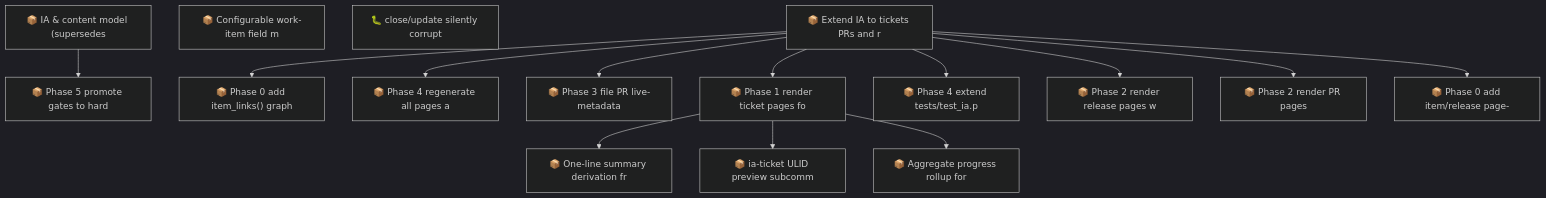
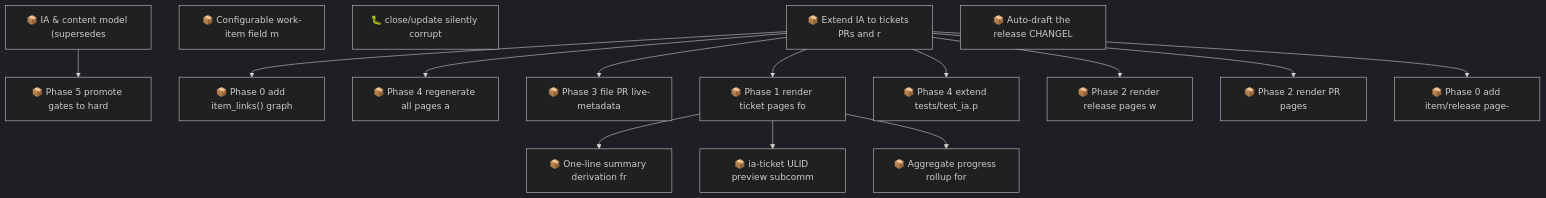
One commit to SpillwaveSolutions/wiki_ticket_sdd changed the second of 2 diagrams in docs/roadmap.md. Above: the diagram before and after it, drawn with Mermaid (dark theme). The commit also changed other lines of this file and 1 other file, not shown here.

First line of the commit message:
chore(worklog): file git-log-based CHANGELOG auto-draft item

````diff
--- a/docs/roadmap.md
+++ b/docs/roadmap.md
@@ -112,31 +114,32 @@
 ```mermaid
 graph TD
     01KY5G9ZW0H2YMNWDFJYGRPYE5["📦 IA & content model (supersedes"]
     01KY5G9ZW0RABXWHEMEP1FAV2G["📦 Phase 5 promote gates to hard"]
     01KY5NE0ZYGBWG44N0KPEBFCZ8["📦 Configurable work-item field m"]
     01KYA99TVCGX79HFNHN1DVT7Y6["🐛 close/update silently corrupt"]
     01KYABYEQP3YCB9AVHRPCTCMRS["📦 Phase 0 add item_links() graph"]
     01KYABYEQP8ANXGYPBCV2T20D8["📦 Extend IA to tickets PRs and r"]
     01KYABYEQP9FDY8THDV79F324G["📦 One-line summary derivation fr"]
     01KYABYEQPAFJM7WC3XZV6YY76["📦 ia-ticket ULID preview subcomm"]
     01KYABYEQPDS2VFQKQ7B6YXZVR["📦 Phase 4 regenerate all pages a"]
     01KYABYEQPF8N2K26ENRKREE0W["📦 Phase 3 file PR live-metadata"]
     01KYABYEQPK6PV87WNZXEYRB12["📦 Phase 1 render ticket pages fo"]
     01KYABYEQPNK7HHH5CMAR2V1JG["📦 Phase 4 extend tests/test_ia.p"]
     01KYABYEQPP82DJEN19F43YRAE["📦 Phase 2 render release pages w"]
     01KYABYEQPRM8308SYFPR8X437["📦 Aggregate progress rollup for"]
     01KYABYEQPW8Q2RGGTNP71W88E["📦 Phase 2 render PR pages"]
     01KYABYEQPXZAAY0VWF6Z8TQ27["📦 Phase 0 add item/release page-"]
+    01KYAC0AC01R4C6W7YY1X8NVRV["📦 Auto-draft the release CHANGEL"]
     01KY5G9ZW0H2YMNWDFJYGRPYE5 --> 01KY5G9ZW0RABXWHEMEP1FAV2G
     01KYABYEQP8ANXGYPBCV2T20D8 --> 01KYABYEQP3YCB9AVHRPCTCMRS
     01KYABYEQPK6PV87WNZXEYRB12 --> 01KYABYEQP9FDY8THDV79F324G
     01KYABYEQPK6PV87WNZXEYRB12 --> 01KYABYEQPAFJM7WC3XZV6YY76
     01KYABYEQP8ANXGYPBCV2T20D8 --> 01KYABYEQPDS2VFQKQ7B6YXZVR
     01KYABYEQP8ANXGYPBCV2T20D8 --> 01KYABYEQPF8N2K26ENRKREE0W
     01KYABYEQP8ANXGYPBCV2T20D8 --> 01KYABYEQPK6PV87WNZXEYRB12
     01KYABYEQP8ANXGYPBCV2T20D8 --> 01KYABYEQPNK7HHH5CMAR2V1JG
     01KYABYEQP8ANXGYPBCV2T20D8 --> 01KYABYEQPP82DJEN19F43YRAE
     01KYABYEQPK6PV87WNZXEYRB12 --> 01KYABYEQPRM8308SYFPR8X437
     01KYABYEQP8ANXGYPBCV2T20D8 --> 01KYABYEQPW8Q2RGGTNP71W88E
     01KYABYEQP8ANXGYPBCV2T20D8 --> 01KYABYEQPXZAAY0VWF6Z8TQ27
 ```
````
